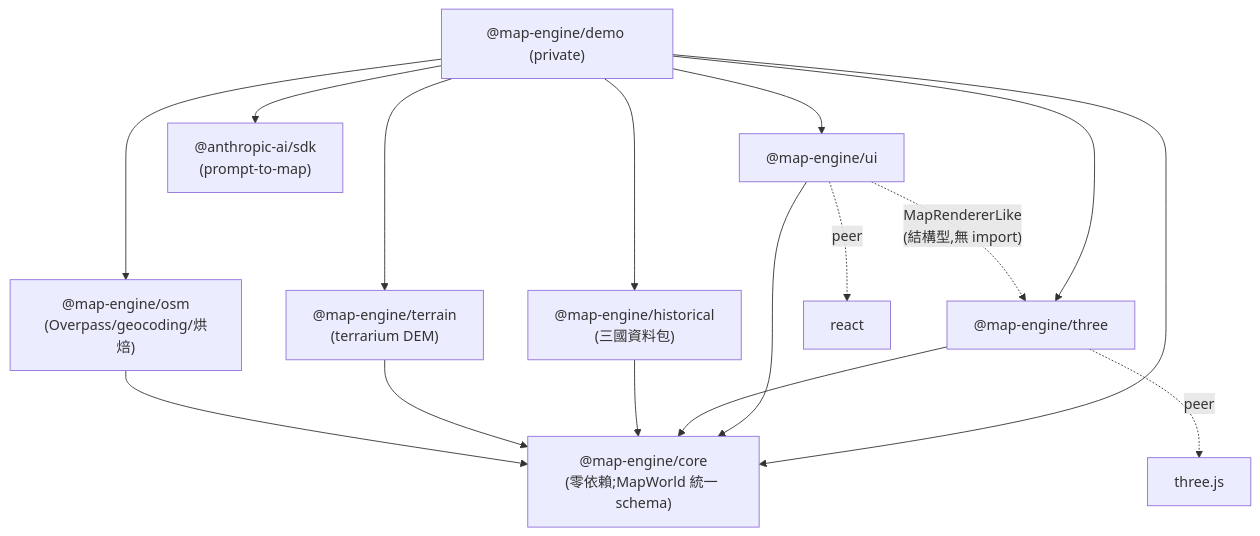
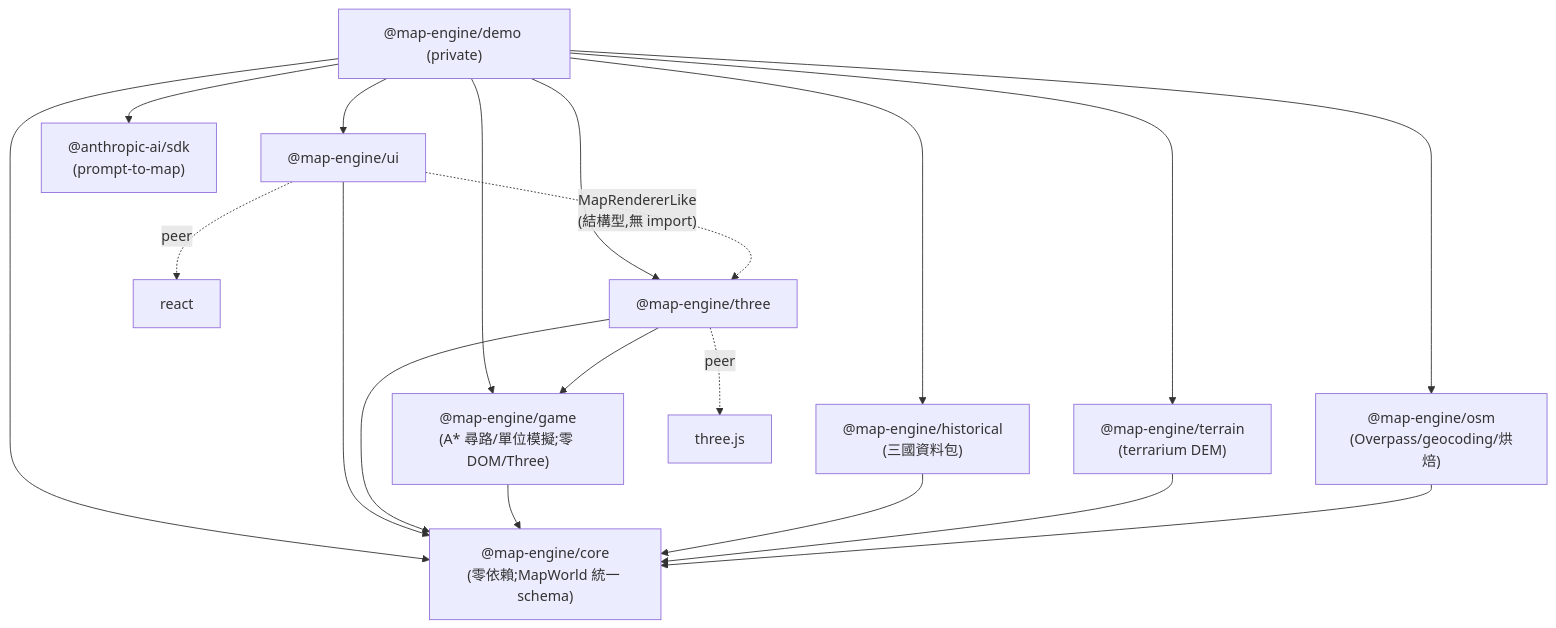
Before and after one commit to gordonlinghk/3d-map-engine: the first of 2 diagrams in 3d-map-engine-development-guide.md, drawn with Mermaid. The commit also changed other lines of this file and 34 other files, not shown here.

````diff
--- a/3d-map-engine-development-guide.md
+++ b/3d-map-engine-development-guide.md
@@ -150,14 +151,16 @@
 ```mermaid
 graph TD
   core["@map-engine/core<br/>(零依賴;MapWorld 統一 schema)"]
   osm["@map-engine/osm<br/>(Overpass/geocoding/烘焙)"] --> core
   terrain["@map-engine/terrain<br/>(terrarium DEM)"] --> core
   hist["@map-engine/historical<br/>(三國資料包)"] --> core
+  game["@map-engine/game<br/>(A* 尋路/單位模擬;零 DOM/Three)"] --> core
   three["@map-engine/three"] --> core
+  three --> game
   three -. peer .-> threejs["three.js"]
   ui["@map-engine/ui"] --> core
   ui -. peer .-> react["react"]
   ui -. "MapRendererLike<br/>(結構型,無 import)" .-> three
-  demo["@map-engine/demo (private)"] --> core & osm & terrain & hist & three & ui
+  demo["@map-engine/demo (private)"] --> core & osm & terrain & hist & game & three & ui
   demo --> sdk["@anthropic-ai/sdk<br/>(prompt-to-map)"]
 ```
````
